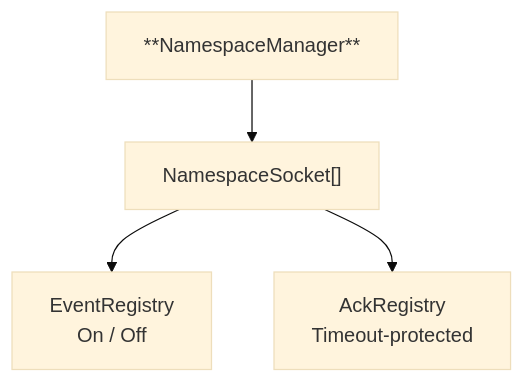
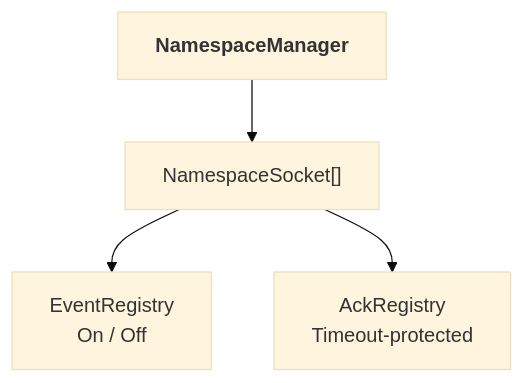
Before and after one commit to Magithar/socketio-unity: the third of 8 diagrams in Documentation~/ARCHITECTURE.md, drawn with Mermaid (base theme). The commit also changed other lines of this file, not shown here.

Commit message:
Release v1.3.1 - Use HTML bold tags in Mermaid node labels for correct rendering

````diff
--- a/Documentation~/ARCHITECTURE.md
+++ b/Documentation~/ARCHITECTURE.md
@@ -39,8 +39,8 @@
 ```mermaid
 graph TD
-    NM["**NamespaceManager**"]
+    NM["<b>NamespaceManager</b>"]
 
     NM --> NS["NamespaceSocket[]"]
     NS --> ER["EventRegistry<br/>On / Off"]
     NS --> AR["AckRegistry<br/>Timeout-protected"]
 ```
````
